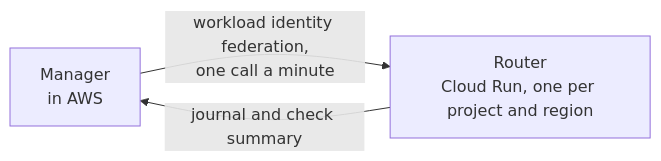
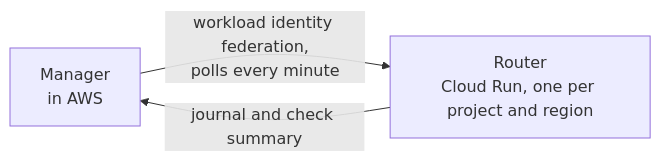
Before and after one commit to Dormeto/manager: the second of 2 diagrams in README.md, drawn with Mermaid. The commit also changed other lines of this file and 1 other file, not shown here.

````diff
--- a/README.md
+++ b/README.md
@@ -65,5 +66,5 @@
 ```mermaid
 flowchart LR
-    manager[Manager<br>in AWS] -->|workload identity federation,<br>one call a minute| gcp[Router<br>Cloud Run, one per project and region]
+    manager[Manager<br>in AWS] -->|workload identity federation,<br>polls every minute| gcp[Router<br>Cloud Run, one per project and region]
     gcp -->|journal and check summary| manager
 ```
````
